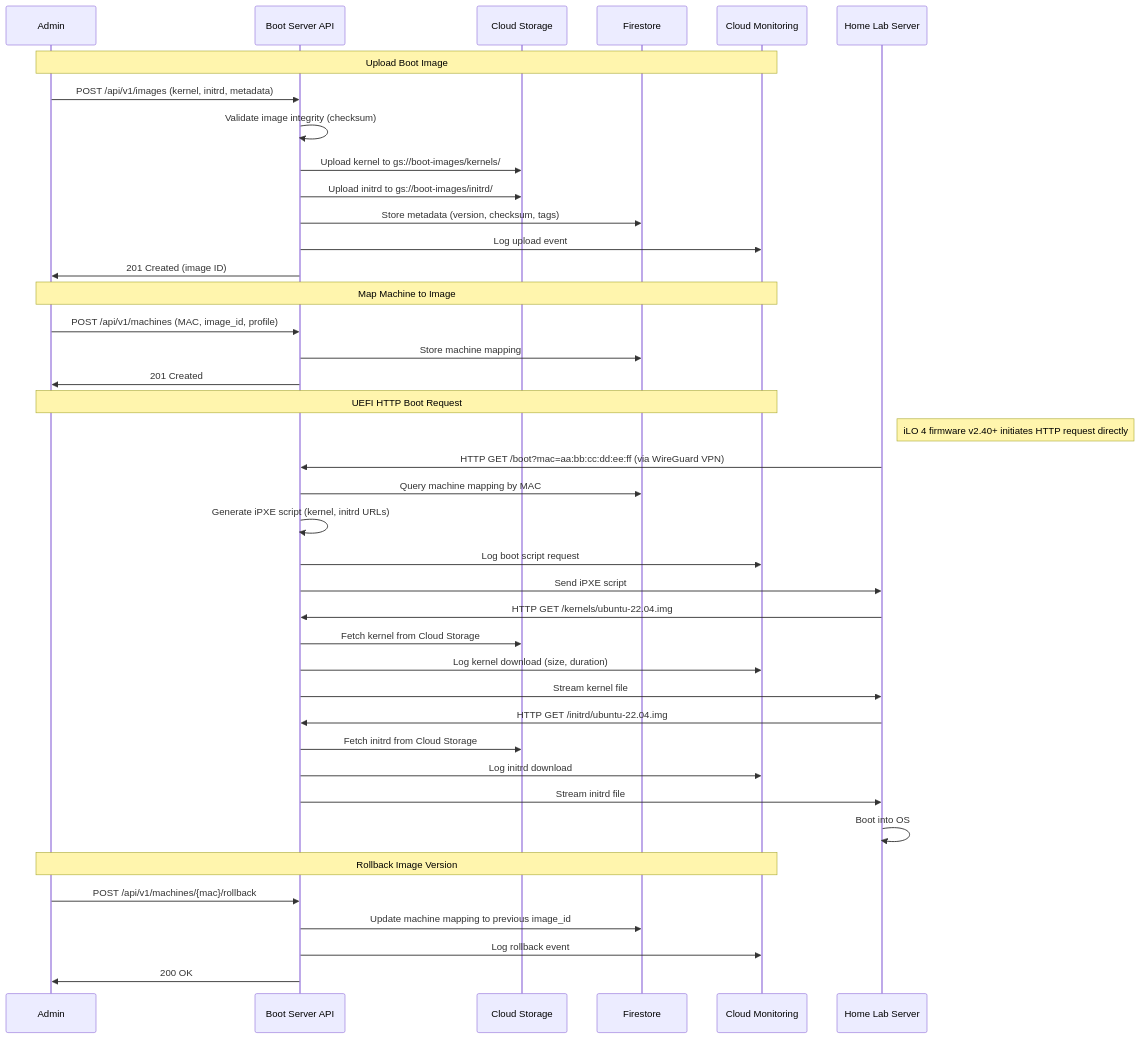
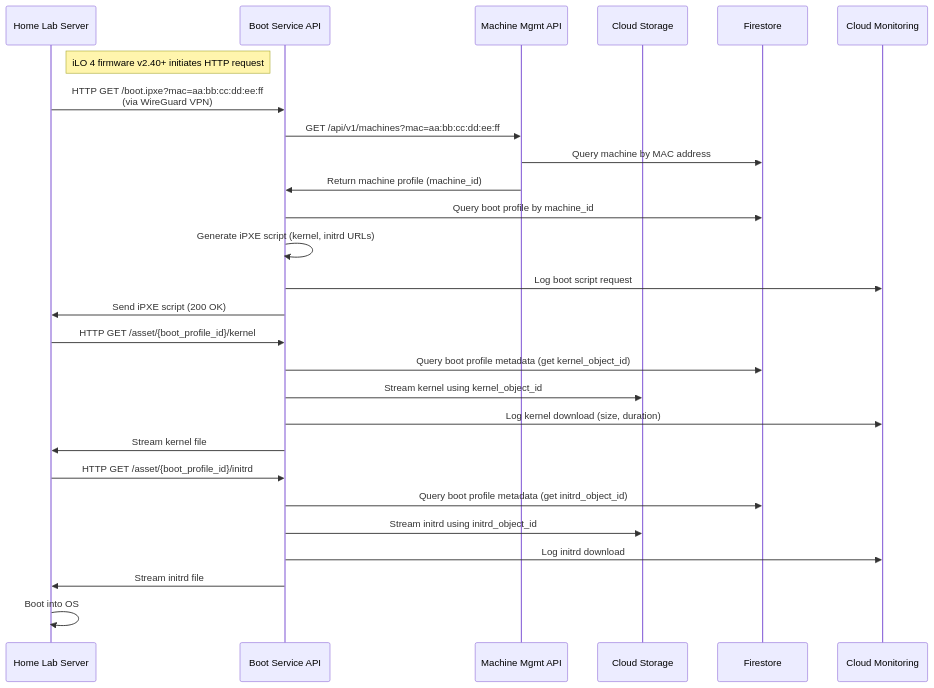
One commit to Zaba505/infra changed the third of 11 diagrams in docs/content/r&d/adrs/0005-network-boot-infrastructure-gcp.md. Above: the diagram before and after it, drawn with Mermaid. The commit also changed other lines of this file and 28 other files, not shown here.

Commit message:
story(issue-605): document boot server HTTP API endpoints (#626)

````diff
--- a/docs/content/r&d/adrs/0005-network-boot-infrastructure-gcp.md
+++ b/docs/content/r&d/adrs/0005-network-boot-infrastructure-gcp.md
@@ -158,49 +213,35 @@
 ```mermaid
 sequenceDiagram
-    participant Admin
-    participant API as Boot Server API
+    participant Server as Home Lab Server
+    participant BootAPI as Boot Service API
+    participant MachineAPI as Machine Mgmt API
     participant Storage as Cloud Storage
     participant DB as Firestore
     participant Monitor as Cloud Monitoring
 
-    Note over Admin,Monitor: Upload Boot Image
-    Admin->>API: POST /api/v1/images (kernel, initrd, metadata)
-    API->>API: Validate image integrity (checksum)
-    API->>Storage: Upload kernel to gs://boot-images/kernels/
-    API->>Storage: Upload initrd to gs://boot-images/initrd/
-    API->>DB: Store metadata (version, checksum, tags)
-    API->>Monitor: Log upload event
-    API->>Admin: 201 Created (image ID)
-
-    Note over Admin,Monitor: Map Machine to Image
-    Admin->>API: POST /api/v1/machines (MAC, image_id, profile)
-    API->>DB: Store machine mapping
-    API->>Admin: 201 Created
-
-    Note over Admin,Monitor: UEFI HTTP Boot Request
-    participant Server as Home Lab Server
-    Note right of Server: iLO 4 firmware v2.40+ initiates HTTP request directly
-    Server->>API: HTTP GET /boot?mac=aa:bb:cc:dd:ee:ff (via WireGuard VPN)
-    API->>DB: Query machine mapping by MAC
-    API->>API: Generate iPXE script (kernel, initrd URLs)
-    API->>Monitor: Log boot script request
-    API->>Server: Send iPXE script
+    Note right of Server: iLO 4 firmware v2.40+ initiates HTTP request
+    Server->>BootAPI: HTTP GET /boot.ipxe?mac=aa:bb:cc:dd:ee:ff<br/>(via WireGuard VPN)
     
-    Server->>API: HTTP GET /kernels/ubuntu-22.04.img
-    API->>Storage: Fetch kernel from Cloud Storage
-    API->>Monitor: Log kernel download (size, duration)
-    API->>Server: Stream kernel file
+    BootAPI->>MachineAPI: GET /api/v1/machines?mac=aa:bb:cc:dd:ee:ff
+    MachineAPI->>DB: Query machine by MAC address
+    MachineAPI->>BootAPI: Return machine profile (machine_id)
     
-    Server->>API: HTTP GET /initrd/ubuntu-22.04.img
-    API->>Storage: Fetch initrd from Cloud Storage
-    API->>Monitor: Log initrd download
-    API->>Server: Stream initrd file
+    BootAPI->>DB: Query boot profile by machine_id
+    BootAPI->>BootAPI: Generate iPXE script (kernel, initrd URLs)
+    BootAPI->>Monitor: Log boot script request
+    BootAPI->>Server: Send iPXE script (200 OK)
+    
+    Server->>BootAPI: HTTP GET /asset/{boot_profile_id}/kernel
+    BootAPI->>DB: Query boot profile metadata (get kernel_object_id)
+    BootAPI->>Storage: Stream kernel using kernel_object_id
+    BootAPI->>Monitor: Log kernel download (size, duration)
+    BootAPI->>Server: Stream kernel file
+    
+    Server->>BootAPI: HTTP GET /asset/{boot_profile_id}/initrd
+    BootAPI->>DB: Query boot profile metadata (get initrd_object_id)
+    BootAPI->>Storage: Stream initrd using initrd_object_id
+    BootAPI->>Monitor: Log initrd download
+    BootAPI->>Server: Stream initrd file
     
     Server->>Server: Boot into OS
-    
-    Note over Admin,Monitor: Rollback Image Version
-    Admin->>API: POST /api/v1/machines/{mac}/rollback
-    API->>DB: Update machine mapping to previous image_id
-    API->>Monitor: Log rollback event
-    API->>Admin: 200 OK
 ```
````
